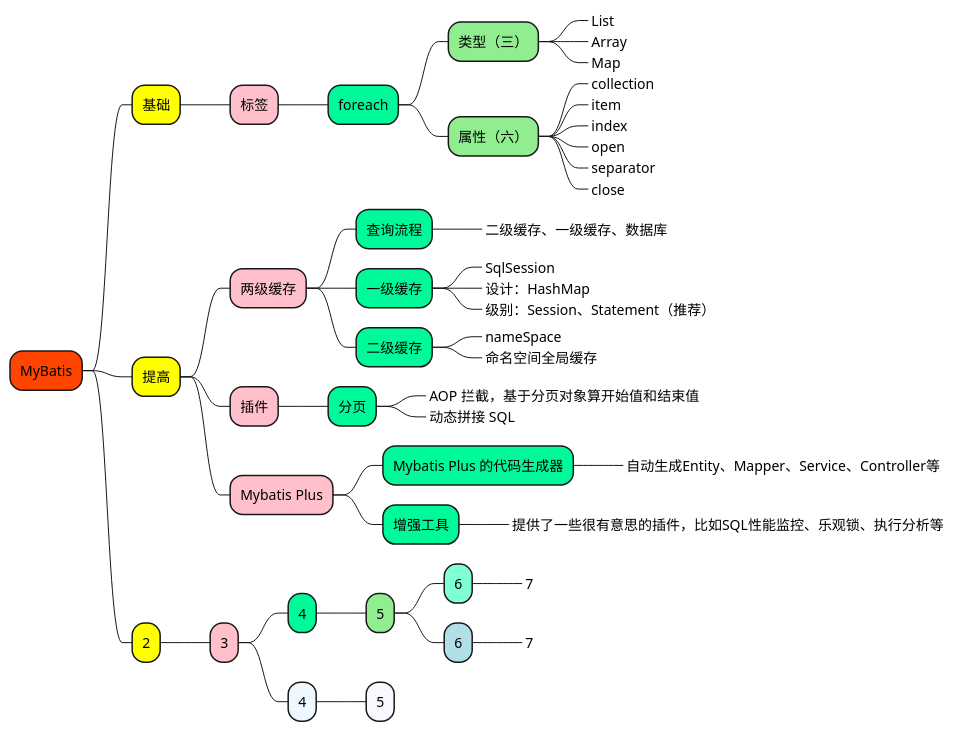
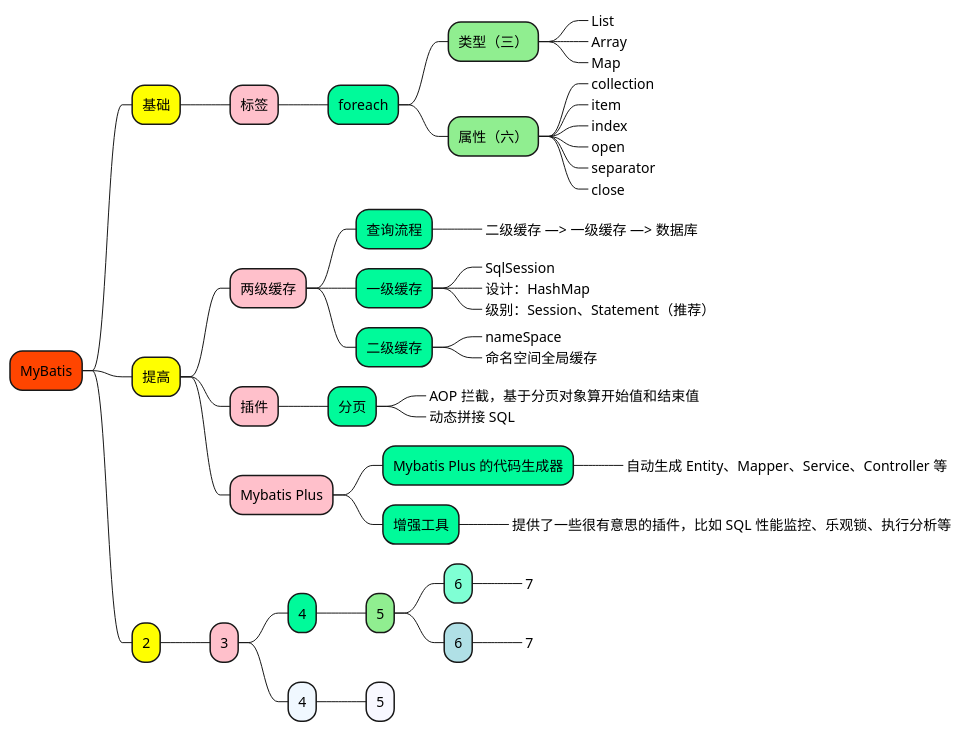
One commit to doveg/self-cultivation-of-a-software-engineer changed the diagram in 1_map/2-framework/MyBatis.puml. Above: the diagram before and after it, drawn with PlantUML.

Commit message:
update 1_map

```diff
--- a/1_map/2-framework/MyBatis.puml
+++ b/1_map/2-framework/MyBatis.puml
@@ -1,69 +1,69 @@
 @startmindmap
 
 +[#OrangeRed] MyBatis
 
 ++[#yellow] 基础
 
 +++[#Pink] 标签
 
 ++++[#MediumSpringGreen] foreach
 +++++[#LightGreen] 类型（三）
 ++++++[#Aquamarine]_ List
 ++++++[#Aquamarine]_ Array
 ++++++[#Aquamarine]_ Map
 
 +++++[#LightGreen] 属性（六）
 ++++++[#Aquamarine]_ collection
 ++++++[#Aquamarine]_ item
 ++++++[#Aquamarine]_ index
 ++++++[#Aquamarine]_ open
 ++++++[#Aquamarine]_ separator
 ++++++[#Aquamarine]_ close
 
 
 ++[#yellow] 提高
 
 +++[#Pink] 两级缓存
 ++++[#MediumSpringGreen] 查询流程
-+++++[#LightGreen]_ 二级缓存、一级缓存、数据库
++++++[#LightGreen]_ 二级缓存 —> 一级缓存 —> 数据库
 ++++[#MediumSpringGreen] 一级缓存
 +++++[#LightGreen]_ SqlSession
 +++++[#LightGreen]_ 设计：HashMap
 +++++[#LightGreen]_ 级别：Session、Statement（推荐）
 
 ++++[#MediumSpringGreen] 二级缓存
 +++++[#LightGreen]_ nameSpace
 +++++[#LightGreen]_ 命名空间全局缓存
 
 +++[#Pink] 插件
 ++++[#MediumSpringGreen] 分页
 +++++[#LightGreen]_ AOP 拦截，基于分页对象算开始值和结束值
 +++++[#LightGreen]_ 动态拼接 SQL
 
 +++[#Pink] Mybatis Plus
 
 ++++[#MediumSpringGreen] Mybatis Plus 的代码生成器
-+++++[#LightGreen]_ 自动生成Entity、Mapper、Service、Controller等
++++++[#LightGreen]_ 自动生成 Entity、Mapper、Service、Controller 等
 ++++[#MediumSpringGreen] 增强工具
-+++++[#LightGreen]_ 提供了一些很有意思的插件，比如SQL性能监控、乐观锁、执行分析等
++++++[#LightGreen]_ 提供了一些很有意思的插件，比如 SQL 性能监控、乐观锁、执行分析等
 
 
 
 ++[#yellow] 2
 
 +++[#Pink] 3
 
 ++++[#MediumSpringGreen] 4
 +++++[#LightGreen] 5
 ++++++[#Aquamarine] 6
 +++++++[#Aquamarine]_ 7
 ++++++[#PowderBlue] 6
 +++++++[#PowderBlue]_ 7
 ++++[#AliceBlue] 4
 +++++[#GhostWhite] 5
 
 
 
 
 
 @endmindmap
```
